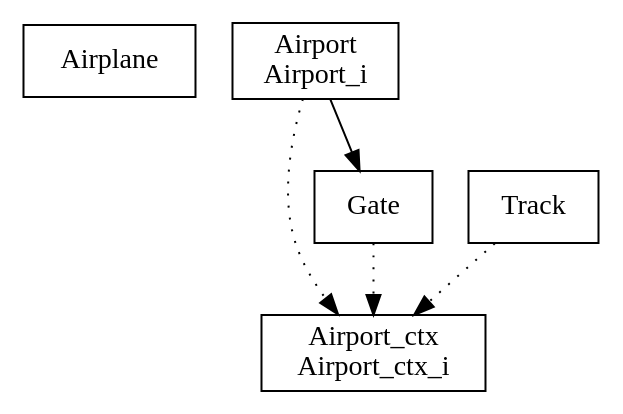
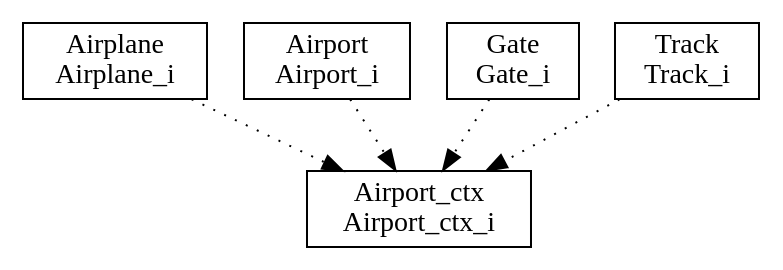
Before and after one commit to Telemaco98/airport: the diagram in bdp/Airport.dot, drawn with Graphviz. The commit also changed 159 other files, not shown here.

```diff
--- a/bdp/Airport.dot
+++ b/bdp/Airport.dot
@@ -1,12 +1,12 @@
 digraph {
-Airplane [ label=" Airplane " shape= box ]
+Airplane_i [ label=" Airplane\nAirplane_i " shape= box ]
 Airport_ctx_i [ label=" Airport_ctx\nAirport_ctx_i " shape= box ]
 Airport_i [ label=" Airport\nAirport_i " shape= box ]
-Gate [ label=" Gate " shape= box ]
-Track [ label=" Track " shape= box ]
+Gate_i [ label=" Gate\nGate_i " shape= box ]
+Track_i [ label=" Track\nTrack_i " shape= box ]
 
+"Airplane_i" -> "Airport_ctx_i" [style= dotted ]
 "Airport_i" -> "Airport_ctx_i" [style= dotted ]
-"Airport_i" -> "Gate" []
-"Gate" -> "Airport_ctx_i" [style= dotted ]
-"Track" -> "Airport_ctx_i" [style= dotted ]
+"Gate_i" -> "Airport_ctx_i" [style= dotted ]
+"Track_i" -> "Airport_ctx_i" [style= dotted ]
 }
```
